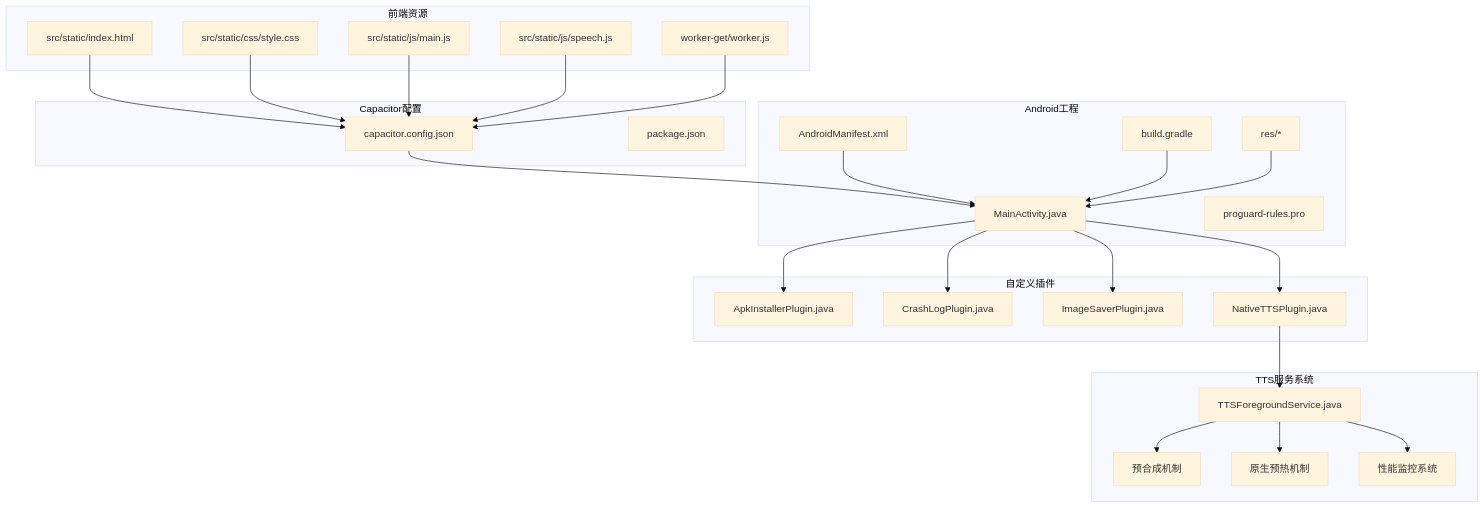
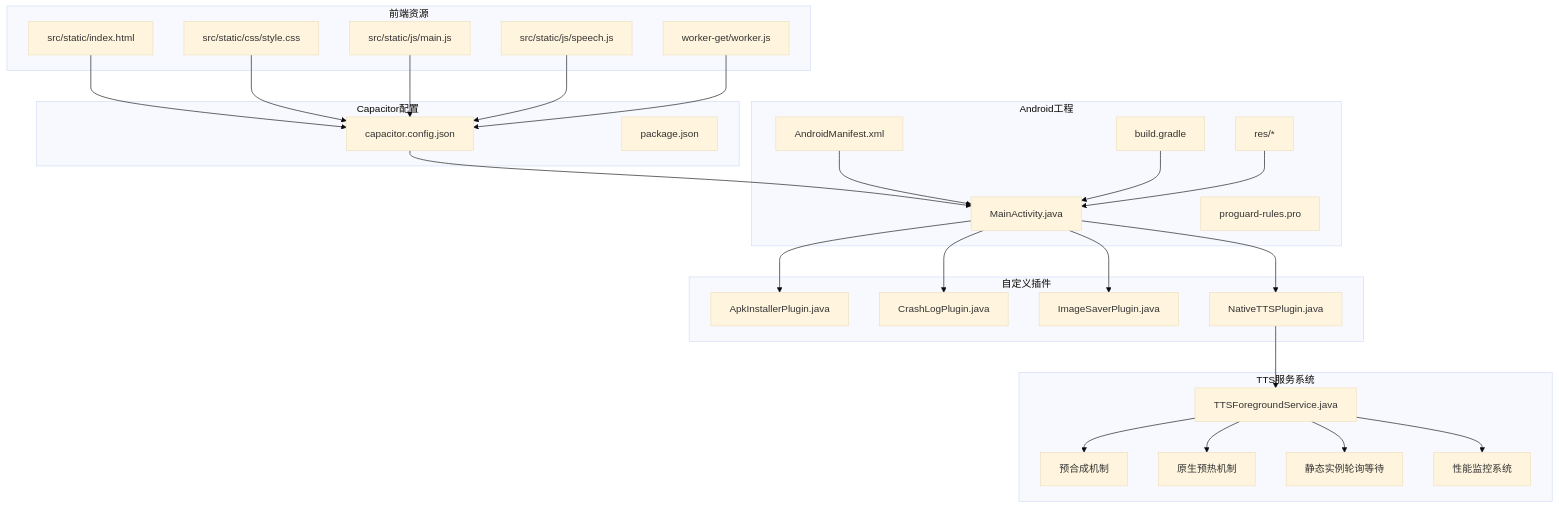
Before and after one commit to zhao-zg/cx: the first of 11 diagrams in .qoder/repowiki/zh/content/移动应用开发/移动应用开发.md, drawn with Mermaid (base theme). The commit also changed other lines of this file and 44 other files, not shown here.

````diff
--- a/.qoder/repowiki/zh/content/移动应用开发/移动应用开发.md
+++ b/.qoder/repowiki/zh/content/移动应用开发/移动应用开发.md
@@ -68,50 +70,52 @@
 ```mermaid
 graph TB
 subgraph "前端资源"
 HTML["src/static/index.html"]
 CSS["src/static/css/style.css"]
 JS["src/static/js/main.js"]
 SPEECH["src/static/js/speech.js"]
 WORKER["worker-get/worker.js"]
 end
 subgraph "Capacitor配置"
 CAP_CONF["capacitor.config.json"]
 PKG["package.json"]
 end
 subgraph "Android工程"
 MANIFEST["AndroidManifest.xml"]
 MAINACT["MainActivity.java"]
 BUILD_GRADLE["build.gradle"]
 PROGUARD["proguard-rules.pro"]
 RES["res/*"]
 end
 subgraph "自定义插件"
 APK["ApkInstallerPlugin.java"]
 CRASH["CrashLogPlugin.java"]
 IMG["ImageSaverPlugin.java"]
 TTS["NativeTTSPlugin.java"]
 end
 subgraph "TTS服务系统"
 TTS_SERVICE["TTSForegroundService.java"]
 PRE_SYNTH["预合成机制"]
 WARMUP["原生预热机制"]
+POLLING["静态实例轮询等待"]
 PERF_MONITOR["性能监控系统"]
 end
 HTML --> CAP_CONF
 CSS --> CAP_CONF
 JS --> CAP_CONF
 SPEECH --> CAP_CONF
 WORKER --> CAP_CONF
 CAP_CONF --> MAINACT
 MAINACT --> APK
 MAINACT --> CRASH
 MAINACT --> IMG
 MAINACT --> TTS
 MANIFEST --> MAINACT
 BUILD_GRADLE --> MAINACT
 RES --> MAINACT
 TTS --> TTS_SERVICE
 TTS_SERVICE --> PRE_SYNTH
 TTS_SERVICE --> WARMUP
+TTS_SERVICE --> POLLING
 TTS_SERVICE --> PERF_MONITOR
 ```
````
